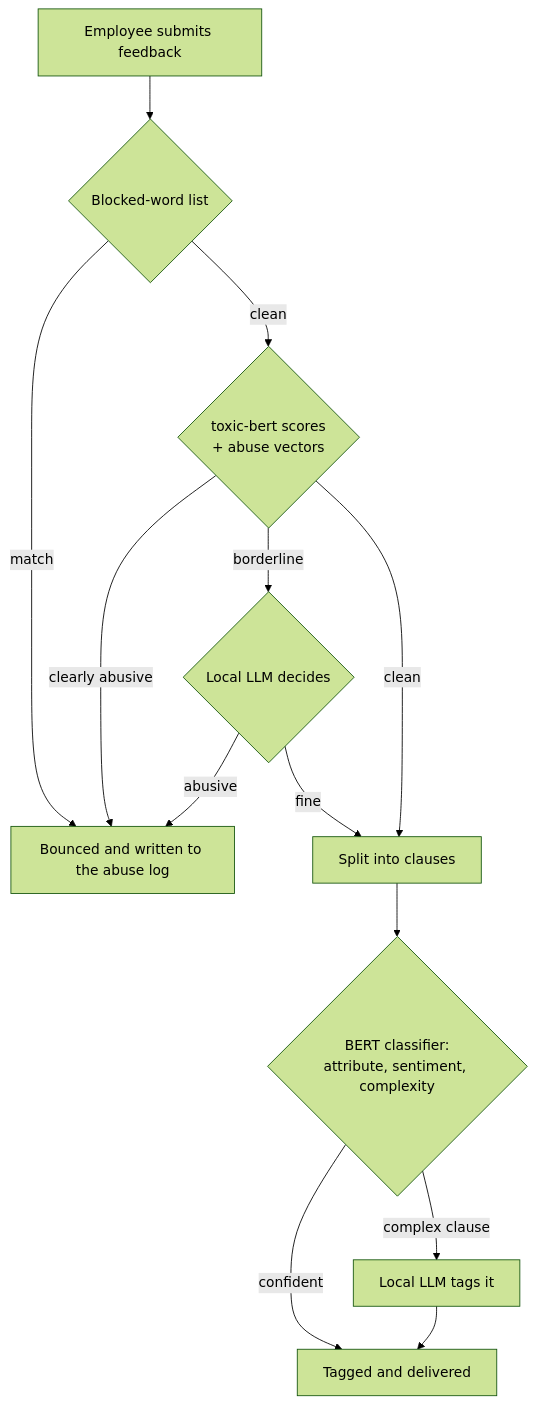
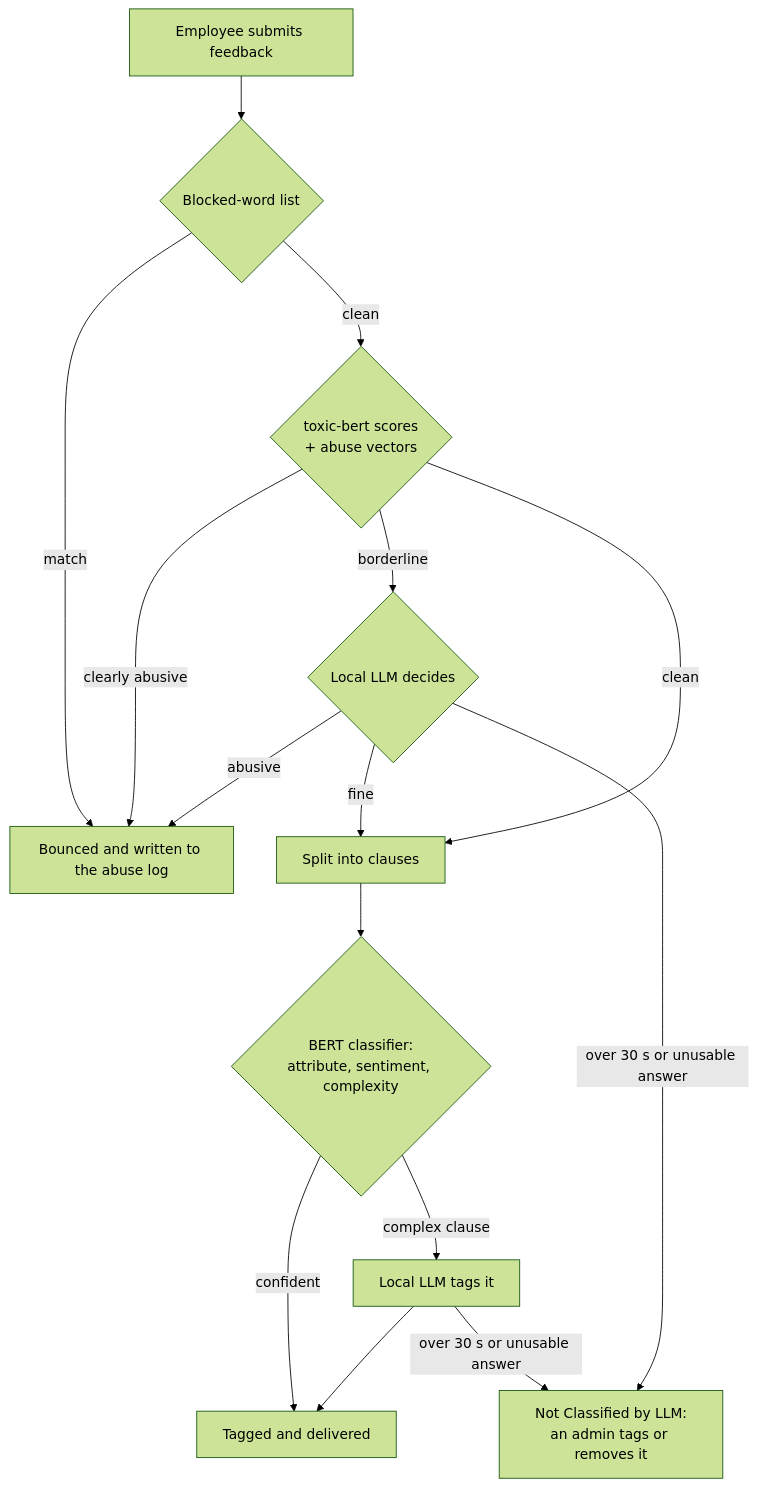
The diagram in README.md (Zthrv/feedback), drawn with Mermaid (forest theme) before and after one commit. The commit also changed other lines of this file and 16 other files, not shown here.

````diff
--- a/README.md
+++ b/README.md
@@ -45,14 +46,16 @@
 ```mermaid
 flowchart TD
     A[Employee submits feedback] --> B{Blocked-word list}
     B -- match --> X[Bounced and written to the abuse log]
     B -- clean --> C{toxic-bert scores<br/>+ abuse vectors}
     C -- clearly abusive --> X
     C -- borderline --> D{Local LLM decides}
     D -- abusive --> X
     C -- clean --> E[Split into clauses]
     D -- fine --> E
     E --> F{BERT classifier:<br/>attribute, sentiment, complexity}
     F -- confident --> G[Tagged and delivered]
     F -- complex clause --> H[Local LLM tags it] --> G
+    D -- over 30 s or unusable answer --> N[Not Classified by LLM:<br/>an admin tags or removes it]
+    H -- over 30 s or unusable answer --> N
 ```
````
